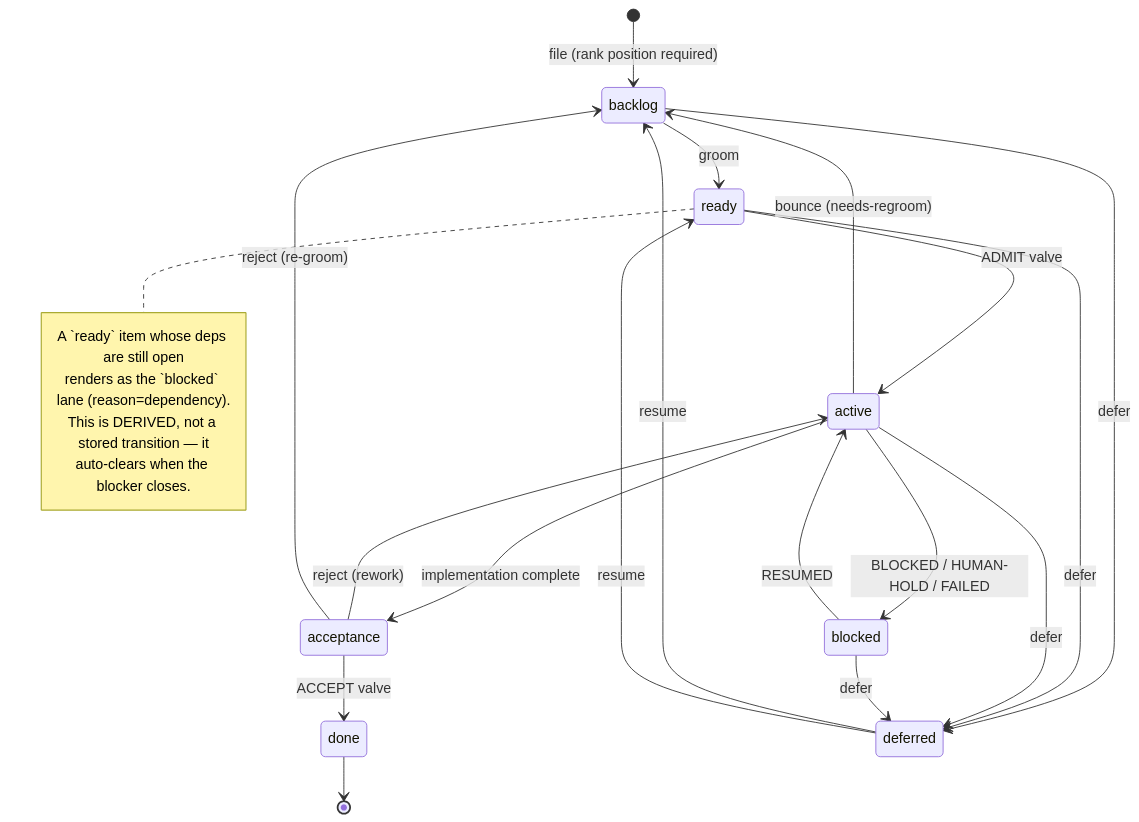
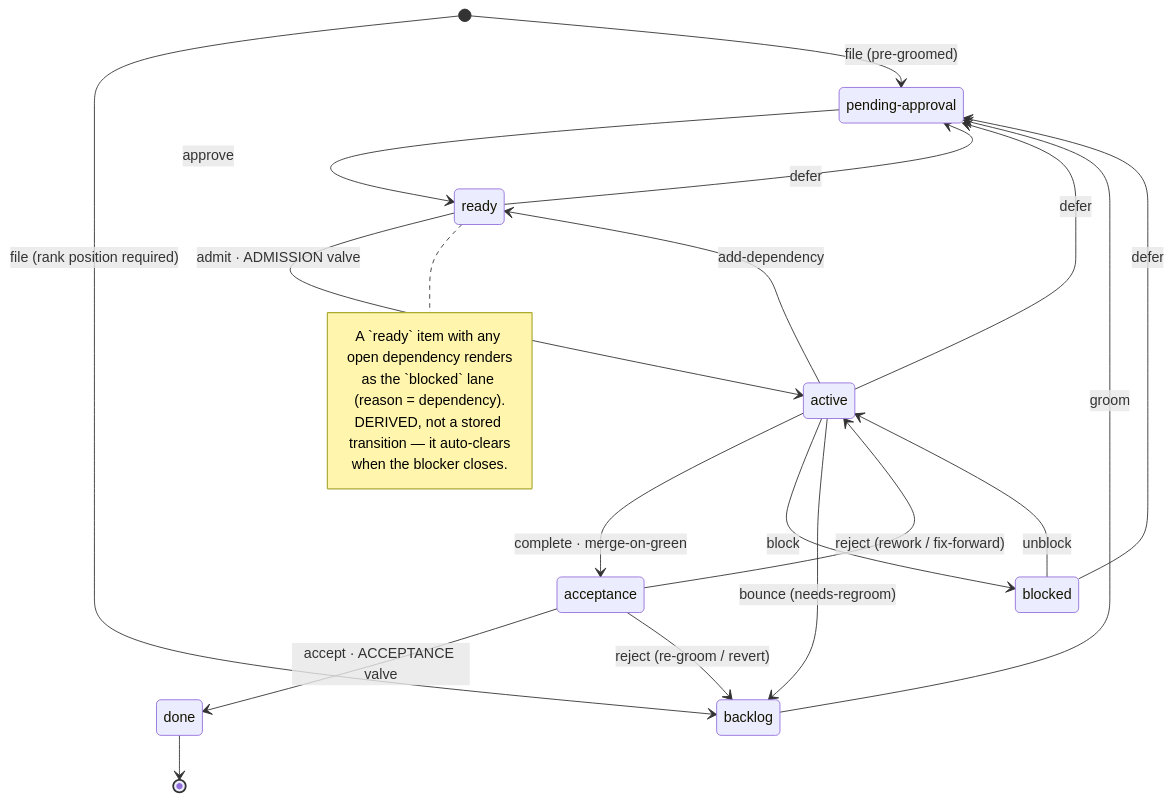
Before and after one commit to thewoolleyman/livespec: the first of 4 diagrams in plan/work-item-state-machine/research/02-design.md, drawn with Mermaid. The commit also changed other lines of this file and 1 other file, not shown here.

````diff
--- a/plan/work-item-state-machine/research/02-design.md
+++ b/plan/work-item-state-machine/research/02-design.md
@@ -49,27 +63,29 @@
 ```mermaid
 stateDiagram-v2
+  state "pending-approval" as pending_approval
+
   [*] --> backlog: file (rank position required)
-  backlog --> ready: groom
-  ready --> active: ADMIT valve
-  active --> acceptance: implementation complete
-  acceptance --> done: ACCEPT valve
-  active --> blocked: BLOCKED / HUMAN-HOLD / FAILED
-  blocked --> active: RESUMED
-  acceptance --> active: reject (rework)
-  acceptance --> backlog: reject (re-groom)
+  [*] --> pending_approval: file (pre-groomed)
+  backlog --> pending_approval: groom
+  pending_approval --> ready: approve
+  ready --> pending_approval: defer
+  active --> pending_approval: defer
+  blocked --> pending_approval: defer
+  ready --> active: admit · ADMISSION valve
+  active --> acceptance: complete · merge-on-green
+  acceptance --> done: accept · ACCEPTANCE valve
+  active --> blocked: block
+  blocked --> active: unblock
+  active --> ready: add-dependency
+  acceptance --> active: reject (rework / fix-forward)
+  acceptance --> backlog: reject (re-groom / revert)
   active --> backlog: bounce (needs-regroom)
-  backlog --> deferred: defer
-  ready --> deferred: defer
-  active --> deferred: defer
-  blocked --> deferred: defer
-  deferred --> backlog: resume
-  deferred --> ready: resume
   done --> [*]
 
   note right of ready
-    A `ready` item whose deps are still open
-    renders as the `blocked` lane (reason=dependency).
-    This is DERIVED, not a stored transition — it
-    auto-clears when the blocker closes.
+    A `ready` item with any open dependency renders
+    as the `blocked` lane (reason = dependency).
+    DERIVED, not a stored transition — it auto-clears
+    when the blocker closes.
   end note
 ```
````
